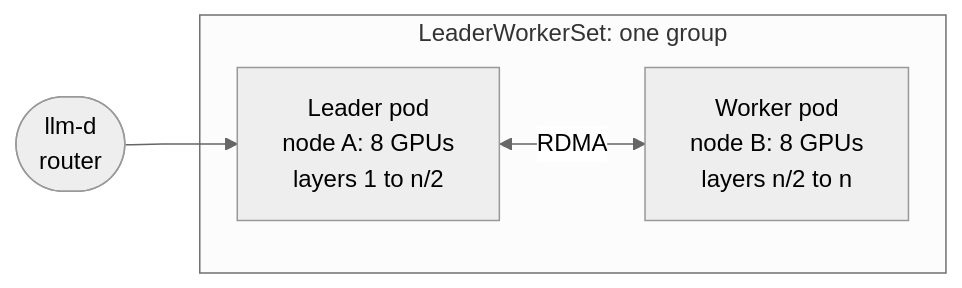
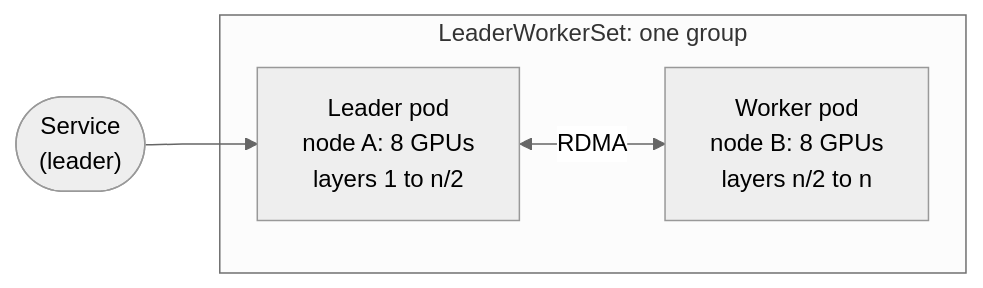
Before and after one commit to dirien/stop-wasting-gpus-how-we-built-a-golden-path-for-gpu-sharing-on-kubernetes: the first of 2 diagrams in slides-kubecon-na-2026/slides.md, drawn with Mermaid (neutral theme). The commit also changed other lines of this file, not shown here.

````diff
--- a/slides-kubecon-na-2026/slides.md
+++ b/slides-kubecon-na-2026/slides.md
@@ -1750,9 +1905,9 @@
 ```mermaid {look: 'handDrawn', theme: 'base', scale: 0.9, themeVariables: {fontFamily: 'Inter, sans-serif', fontSize: '19px', primaryColor: '#241c45', primaryBorderColor: '#9077f3', primaryTextColor: '#e9e7ff', lineColor: '#c3bdff', clusterBkg: 'transparent', clusterBorder: '#6b5bb5', edgeLabelBackground: '#1b1630', titleColor: '#c3bdff'}}
 flowchart LR
-  R(["llm-d<br/>router"]) --> L
+  R(["Service<br/>(leader)"]) --> L
   subgraph G["LeaderWorkerSet: one group"]
     L["Leader pod<br/>node A: 8 GPUs<br/>layers 1 to n/2"]
     W["Worker pod<br/>node B: 8 GPUs<br/>layers n/2 to n"]
     L <-->|"RDMA"| W
   end
 ```
````
